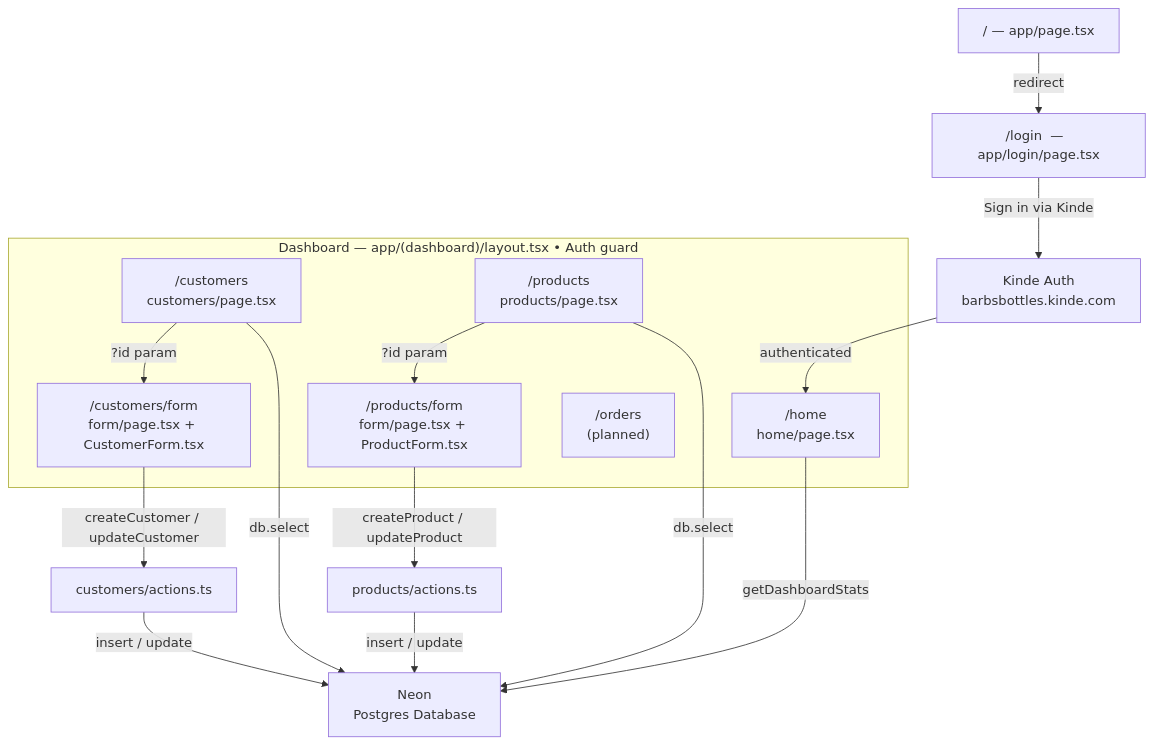
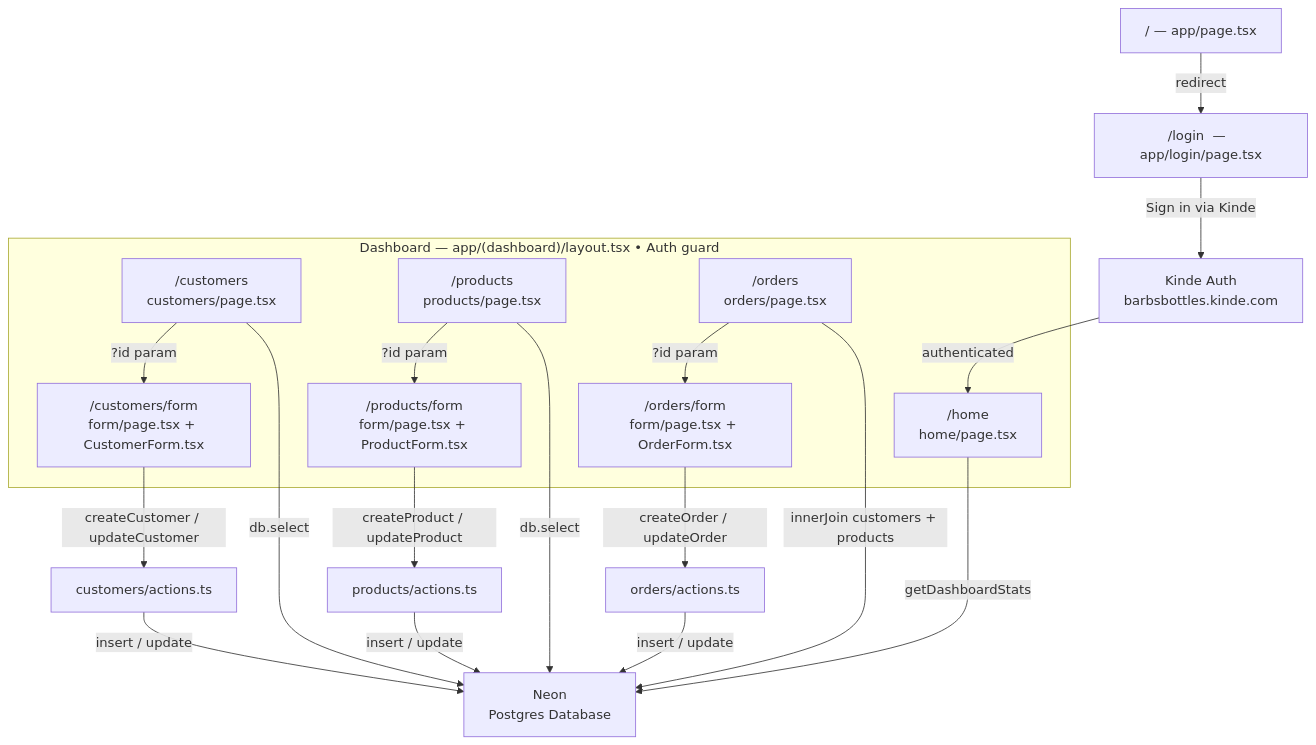
The diagram in markdown files/Home.md (usiel667/barbs-bottles), drawn with Mermaid before and after one commit. The commit also changed other lines of this file and 7 other files, not shown here.

````diff
--- a/markdown files/Home.md
+++ b/markdown files/Home.md
@@ -37,27 +38,32 @@
 ```mermaid
 flowchart TD
     ROOT["/  —  app/page.tsx"] -->|redirect| LOGIN
 
     LOGIN["/login  —  app/login/page.tsx"]
     LOGIN -->|Sign in via Kinde| KINDE["Kinde Auth\nbarbsbottles.kinde.com"]
     KINDE -->|authenticated| HOME
 
     subgraph DASHBOARD ["Dashboard  —  app/(dashboard)/layout.tsx  •  Auth guard"]
         HOME["/home\nhome/page.tsx"]
         CUSTOMERS["/customers\ncustomers/page.tsx"]
         CUST_FORM["/customers/form\nform/page.tsx + CustomerForm.tsx"]
         PRODUCTS["/products\nproducts/page.tsx"]
         PROD_FORM["/products/form\nform/page.tsx + ProductForm.tsx"]
-        ORDERS["/orders\n(planned)"]
+        ORDERS["/orders\norders/page.tsx"]
+        ORD_FORM["/orders/form\nform/page.tsx + OrderForm.tsx"]
     end
 
     CUSTOMERS -->|?id param| CUST_FORM
     CUST_FORM -->|createCustomer / updateCustomer| CUST_ACTIONS["customers/actions.ts"]
     CUST_ACTIONS -->|insert / update| DB["Neon\nPostgres Database"]
     PRODUCTS -->|?id param| PROD_FORM
     PROD_FORM -->|createProduct / updateProduct| PROD_ACTIONS["products/actions.ts"]
     PROD_ACTIONS -->|insert / update| DB
     HOME -->|getDashboardStats| DB
     CUSTOMERS -->|db.select| DB
     PRODUCTS -->|db.select| DB
+    ORDERS -->|?id param| ORD_FORM
+    ORDERS -->|innerJoin customers + products| DB
+    ORD_FORM -->|createOrder / updateOrder| ORD_ACTIONS["orders/actions.ts"]
+    ORD_ACTIONS -->|insert / update| DB
 ```
````
